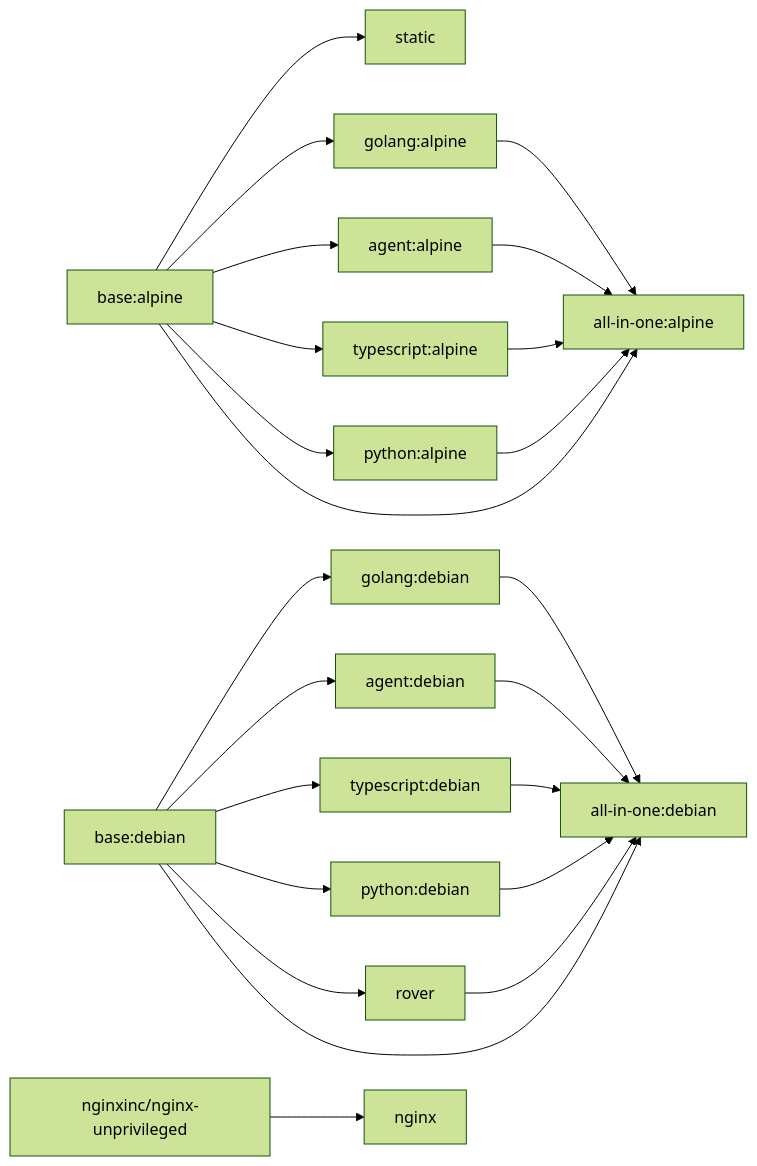
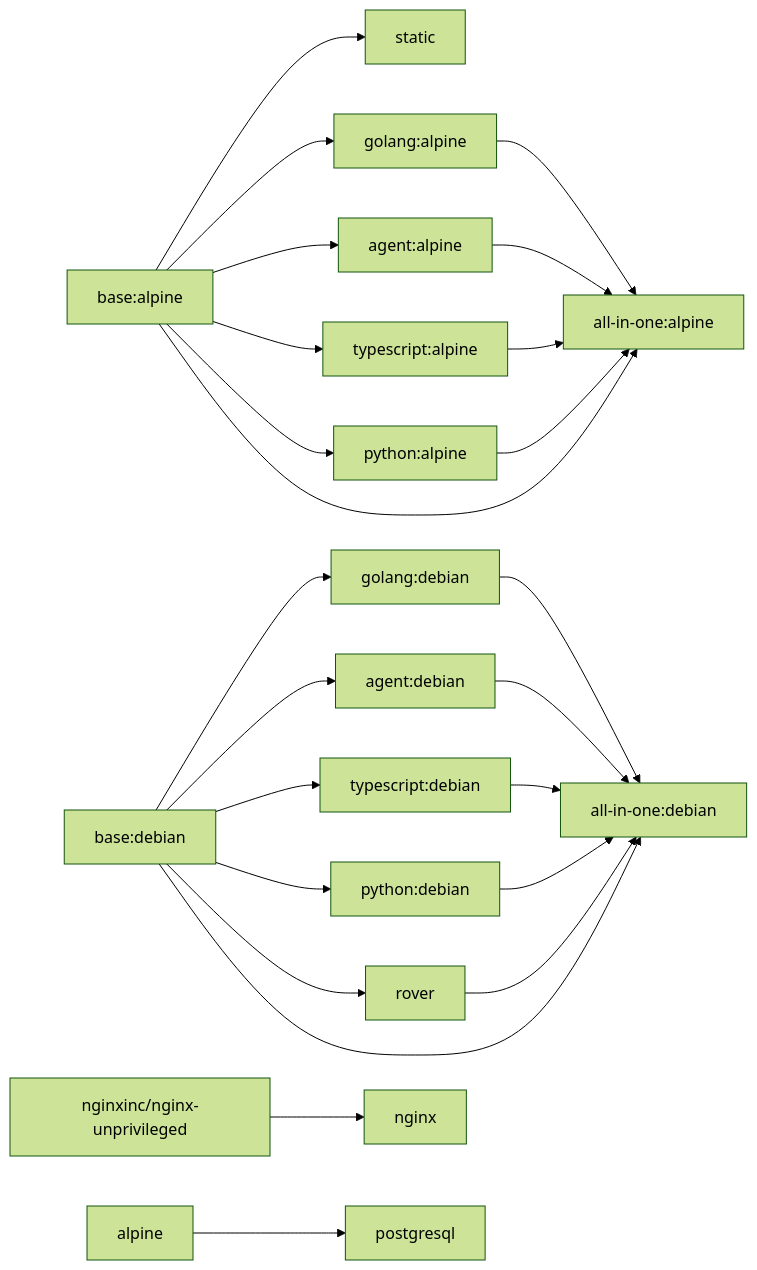
The diagram in README.md (pyck-ai/baseimages), drawn with Mermaid (forest theme) before and after one commit. The commit also changed other lines of this file and 6 other files, not shown here.

````diff
--- a/README.md
+++ b/README.md
@@ -125,33 +126,35 @@
 ```mermaid
 graph LR
   base-alpine["base:alpine"]
   base-debian["base:debian"]
   nginx-base["nginxinc/nginx-unprivileged"]
+  alpine-upstream["alpine"]
 
   base-alpine --> static
   base-alpine --> golang-alpine["golang:alpine"]
   base-alpine --> agent-alpine["agent:alpine"]
   base-alpine --> typescript-alpine["typescript:alpine"]
   base-alpine --> python-alpine["python:alpine"]
 
   base-debian --> golang-debian["golang:debian"]
   base-debian --> agent-debian["agent:debian"]
   base-debian --> typescript-debian["typescript:debian"]
   base-debian --> python-debian["python:debian"]
   base-debian --> rover
 
   base-alpine --> aio-alpine["all-in-one:alpine"]
   golang-alpine --> aio-alpine
   agent-alpine --> aio-alpine
   typescript-alpine --> aio-alpine
   python-alpine --> aio-alpine
 
   base-debian --> aio-debian["all-in-one:debian"]
   golang-debian --> aio-debian
   agent-debian --> aio-debian
   typescript-debian --> aio-debian
   rover --> aio-debian
   python-debian --> aio-debian
 
   nginx-base --> nginx
+  alpine-upstream --> postgresql
 ```
````
